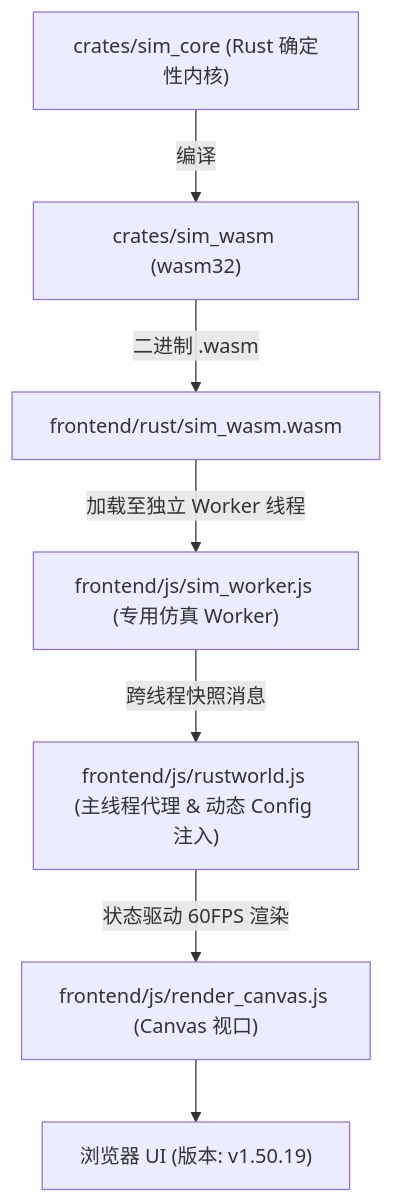
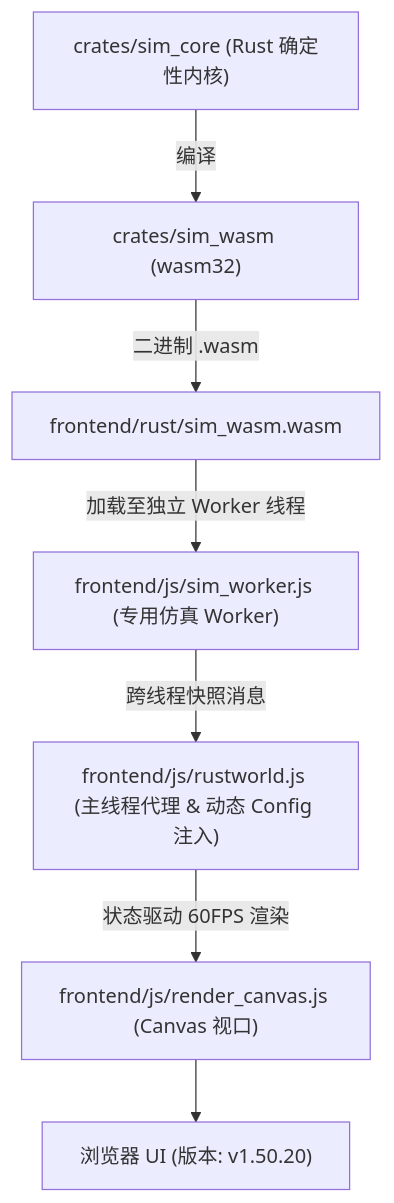
The diagram in AGENTS.md (g39088902/FlowAndAccord), drawn with Mermaid before and after one commit. The commit also changed other lines of this file and 14 other files, not shown here.

````diff
--- a/AGENTS.md
+++ b/AGENTS.md
@@ -62,9 +62,9 @@
 ```mermaid
 graph TD
     A["crates/sim_core (Rust 确定性内核)"] -->|编译| B["crates/sim_wasm (wasm32)"]
     B -->|二进制 .wasm| C["frontend/rust/sim_wasm.wasm"]
     C -->|加载至独立 Worker 线程| D["frontend/js/sim_worker.js (专用仿真 Worker)"]
     D -->|跨线程快照消息| E["frontend/js/rustworld.js (主线程代理 & 动态 Config 注入)"]
     E -->|状态驱动 60FPS 渲染| F["frontend/js/render_canvas.js (Canvas 视口)"]
-    F --> G["浏览器 UI (版本: v1.50.19)"]
+    F --> G["浏览器 UI (版本: v1.50.20)"]
 ```
````
